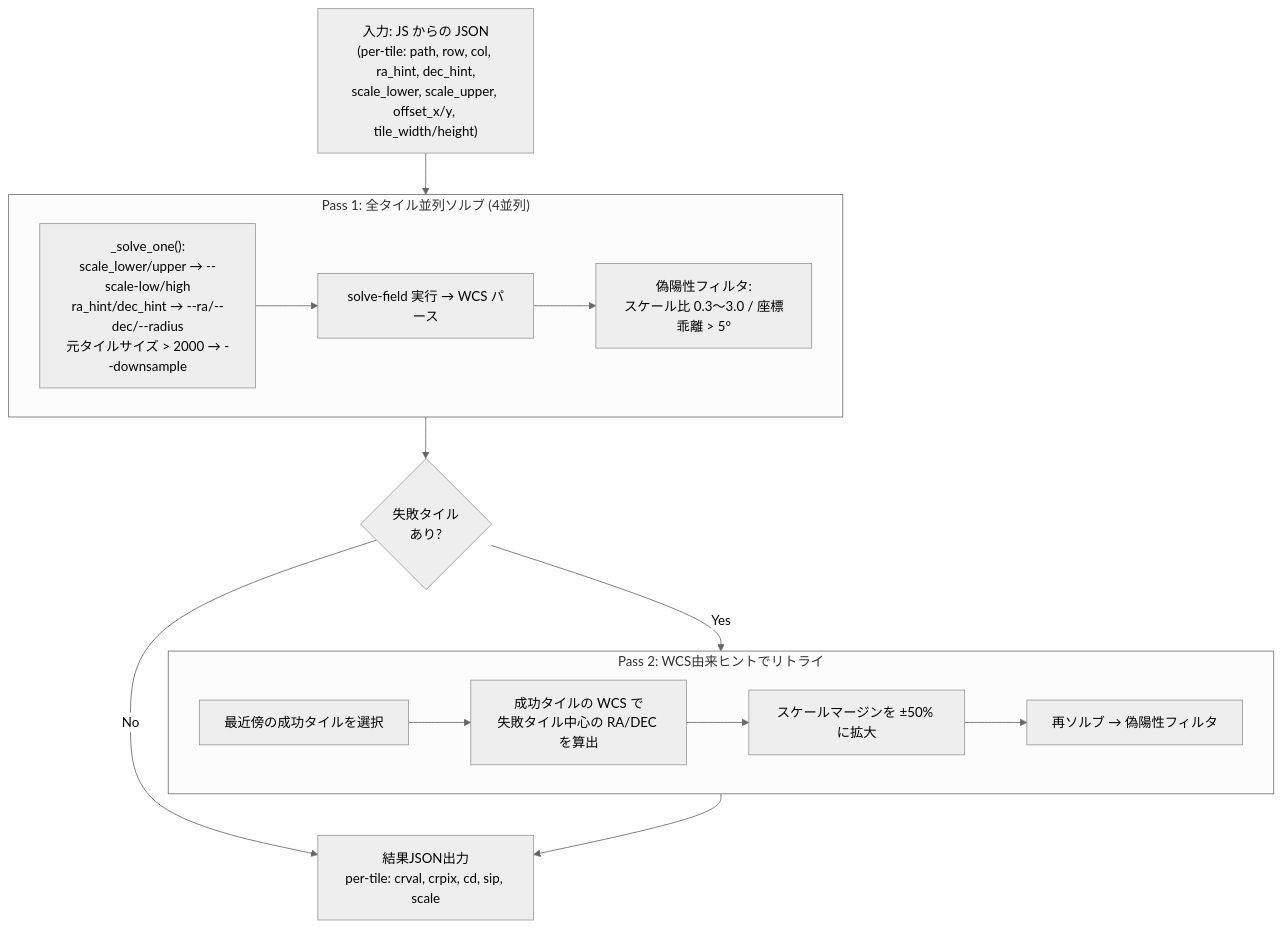
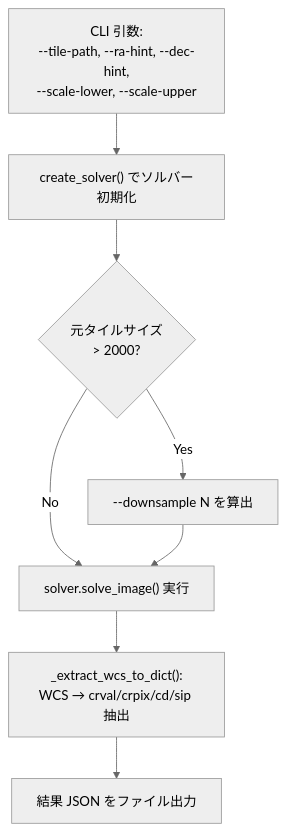
The ninth of 10 diagrams in docs/specs.md (ysmr3104/split-image-solver), drawn with Mermaid (neutral theme) before and after one commit. The commit also changed other lines of this file and 8 other files, not shown here.

First line of the commit message:
refactor(local): per-tile Python呼び出し + solve-field出力分離

````diff
--- a/docs/specs.md
+++ b/docs/specs.md
@@ -225,24 +227,11 @@
 ```mermaid
 flowchart TD
-    Input["入力: JS からの JSON<br/>(per-tile: path, row, col, ra_hint, dec_hint,<br/>scale_lower, scale_upper, offset_x/y, tile_width/height)"]
-
-    Input --> Pass1
-
-    subgraph Pass1["Pass 1: 全タイル並列ソルブ (4並列)"]
-        P1a["_solve_one():<br/>scale_lower/upper → --scale-low/high<br/>ra_hint/dec_hint → --ra/--dec/--radius<br/>元タイルサイズ > 2000 → --downsample"]
-        P1a --> P1b["solve-field 実行 → WCS パース"]
-        P1b --> P1c["偽陽性フィルタ:<br/>スケール比 0.3〜3.0 / 座標乖離 > 5°"]
-    end
-
-    Pass1 --> HasFailed{"失敗タイル<br/>あり?"}
-    HasFailed -- No --> Output
-    HasFailed -- Yes --> Pass2
-
-    subgraph Pass2["Pass 2: WCS由来ヒントでリトライ"]
-        P2a["最近傍の成功タイルを選択"] --> P2b["成功タイルの WCS で<br/>失敗タイル中心の RA/DEC を算出"]
-        P2b --> P2c["スケールマージンを ±50% に拡大"]
-        P2c --> P2d["再ソルブ → 偽陽性フィルタ"]
-    end
-
-    Pass2 --> Output["結果JSON出力<br/>per-tile: crval, crpix, cd, sip, scale"]
+    Input["CLI 引数:<br/>--tile-path, --ra-hint, --dec-hint,<br/>--scale-lower, --scale-upper"]
+    Input --> Init["create_solver() でソルバー初期化"]
+    Init --> Downsample{"元タイルサイズ<br/>> 2000?"}
+    Downsample -- Yes --> DS["--downsample N を算出"]
+    Downsample -- No --> Solve
+    DS --> Solve["solver.solve_image() 実行"]
+    Solve --> Extract["_extract_wcs_to_dict():<br/>WCS → crval/crpix/cd/sip 抽出"]
+    Extract --> Output["結果 JSON をファイル出力"]
 ```
````
